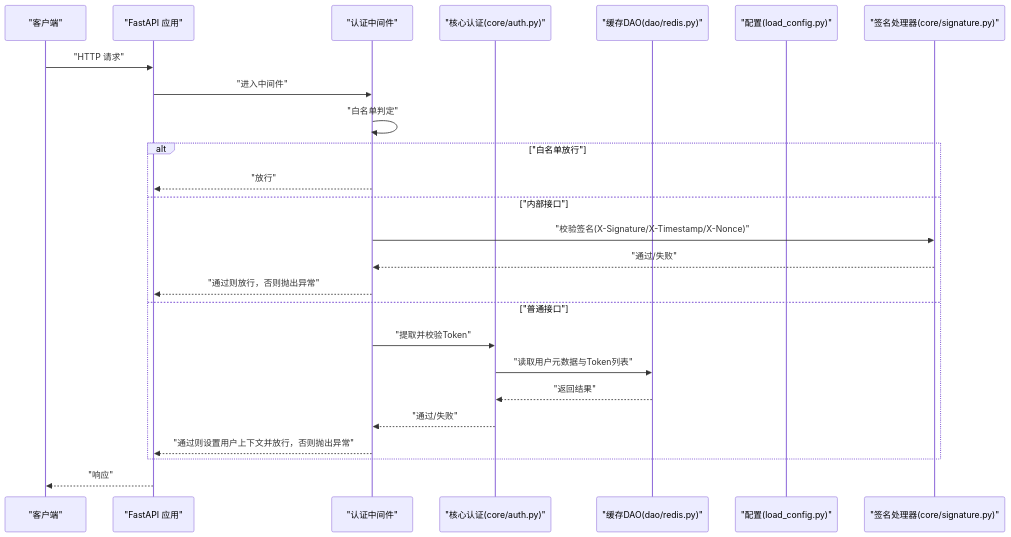
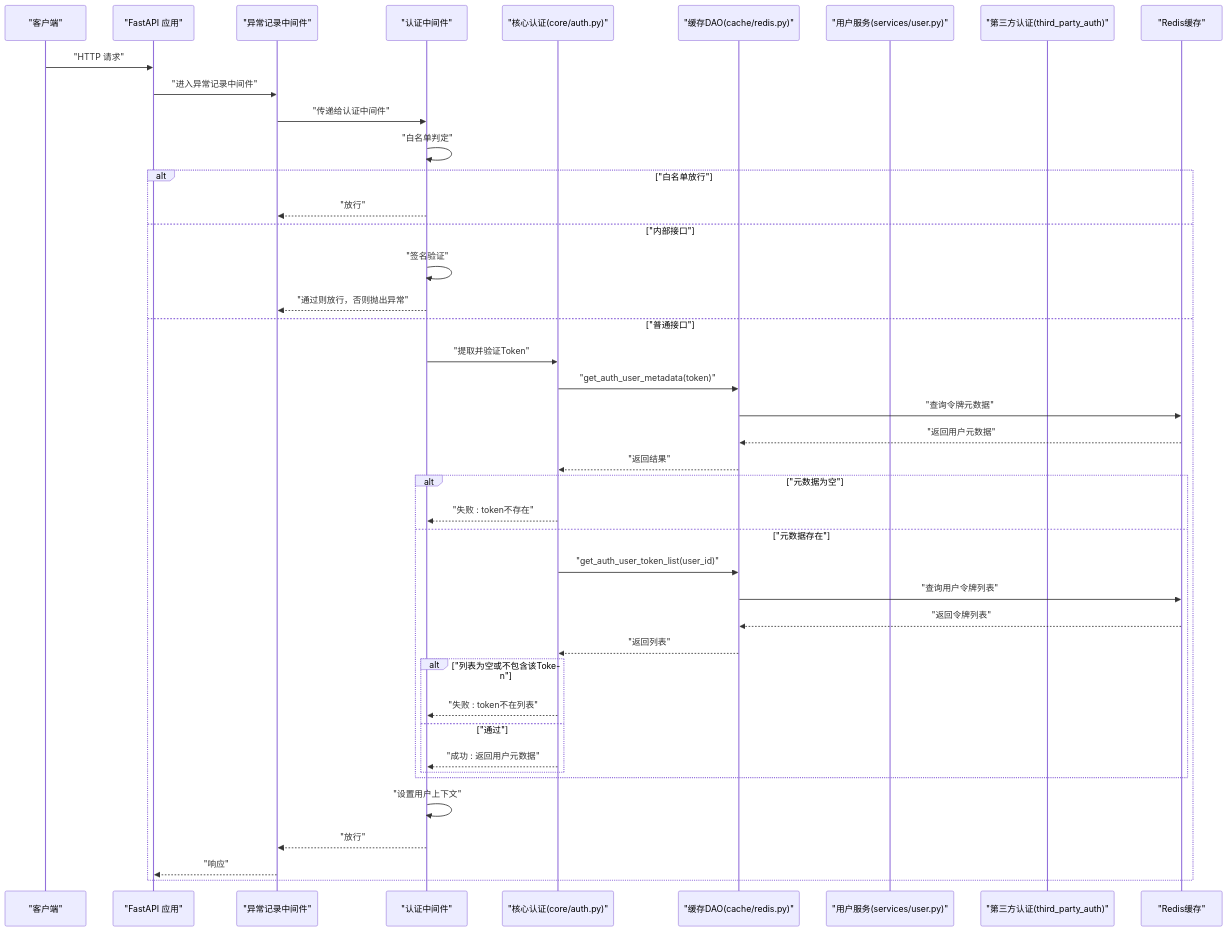
The second of 14 diagrams in .qoder/repowiki/zh/content/安全认证机制/安全认证机制.md (lilinzezzzzzz/fastapi-backend), drawn with Mermaid before and after one commit. The commit also changed other lines of this file and 38 other files, not shown here.

````diff
--- a/.qoder/repowiki/zh/content/安全认证机制/安全认证机制.md
+++ b/.qoder/repowiki/zh/content/安全认证机制/安全认证机制.md
@@ -120,27 +199,44 @@
 ```mermaid
 sequenceDiagram
 participant Client as "客户端"
 participant App as "FastAPI 应用"
-participant MW as "认证中间件"
+participant Recorder as "异常记录中间件"
+participant AuthMW as "认证中间件"
 participant Core as "核心认证(core/auth.py)"
-participant Redis as "缓存DAO(dao/redis.py)"
-participant Cfg as "配置(load_config.py)"
-participant Sig as "签名处理器(core/signature.py)"
+participant Cache as "缓存DAO(cache/redis.py)"
+participant UserSvc as "用户服务(services/user.py)"
+participant ThirdParty as "第三方认证(third_party_auth)"
+participant Redis as "Redis缓存"
 Client->>App : "HTTP 请求"
-App->>MW : "进入中间件"
-MW->>MW : "白名单判定"
+App->>Recorder : "进入异常记录中间件"
+Recorder->>AuthMW : "传递给认证中间件"
+AuthMW->>AuthMW : "白名单判定"
 alt "白名单放行"
-MW-->>App : "放行"
+AuthMW-->>Recorder : "放行"
 else "内部接口"
-MW->>Sig : "校验签名(X-Signature/X-Timestamp/X-Nonce)"
-Sig-->>MW : "通过/失败"
-MW-->>App : "通过则放行，否则抛出异常"
+AuthMW->>AuthMW : "签名验证"
+AuthMW-->>Recorder : "通过则放行，否则抛出异常"
 else "普通接口"
-MW->>Core : "提取并校验Token"
-Core->>Redis : "读取用户元数据与Token列表"
-Redis-->>Core : "返回结果"
-Core-->>MW : "通过/失败"
-MW-->>App : "通过则设置用户上下文并放行，否则抛出异常"
+AuthMW->>Core : "提取并验证Token"
+Core->>Cache : "get_auth_user_metadata(token)"
+Cache->>Redis : "查询令牌元数据"
+Redis-->>Cache : "返回用户元数据"
+Cache-->>Core : "返回结果"
+alt "元数据为空"
+Core-->>AuthMW : "失败 : token不存在"
+else "元数据存在"
+Core->>Cache : "get_auth_user_token_list(user_id)"
+Cache->>Redis : "查询用户令牌列表"
+Redis-->>Cache : "返回令牌列表"
+Cache-->>Core : "返回列表"
+alt "列表为空或不包含该Token"
+Core-->>AuthMW : "失败 : token不在列表"
+else "通过"
+Core-->>AuthMW : "成功 : 返回用户元数据"
 end
-App-->>Client : "响应"
+end
+AuthMW->>AuthMW : "设置用户上下文"
+AuthMW-->>Recorder : "放行"
+Recorder-->>App : "响应"
+end
 ```
````
